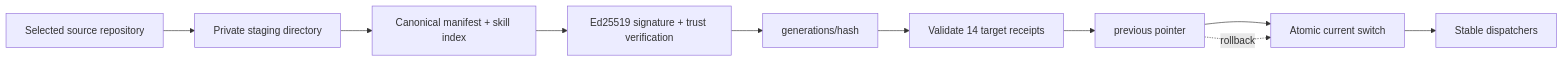
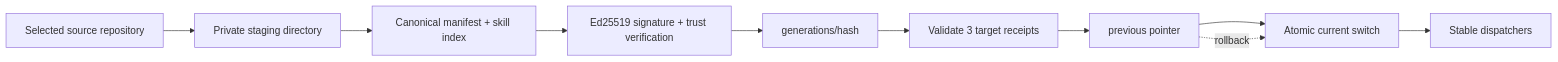
One commit to Prometheus-AGS/prometheus-skill-system changed the diagram in site/docs/plugin-distribution/immutable-generations.md. Above: the diagram before and after it, drawn with Mermaid. The commit also changed 216 other files, not shown here.

````diff
--- a/site/docs/plugin-distribution/immutable-generations.md
+++ b/site/docs/plugin-distribution/immutable-generations.md
@@ -13,12 +13,12 @@
 ```mermaid
 flowchart LR
   Source["Selected source repository"] --> Stage["Private staging directory"]
   Stage --> Hash["Canonical manifest + skill index"]
   Hash --> Sign["Ed25519 signature + trust verification"]
   Sign --> Generation["generations/hash"]
-  Generation --> Receipts["Validate 14 target receipts"]
+  Generation --> Receipts["Validate 3 target receipts"]
   Receipts --> Previous["previous pointer"]
   Previous --> Current["Atomic current switch"]
   Current --> Stable["Stable dispatchers"]
   Previous -. rollback .-> Current
 ```
````
